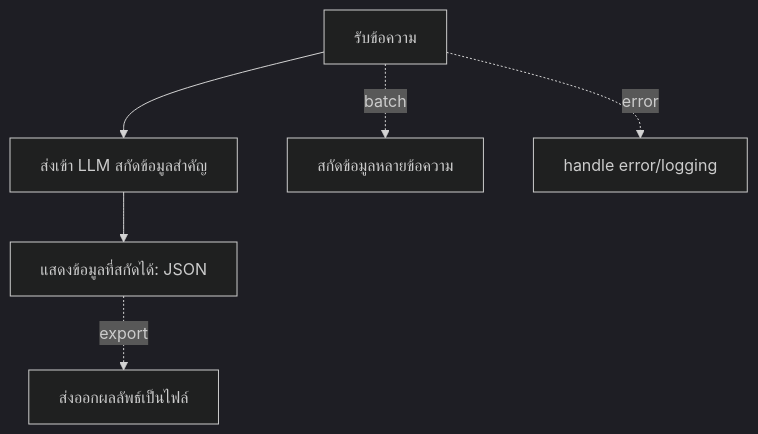
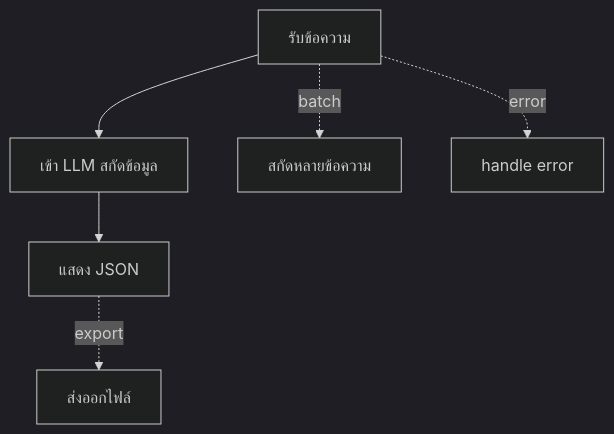
One commit to JonusNattapong/LangChainOllama changed diagram 11 of 16 in README.md. Above: the diagram before and after it, drawn with Mermaid (dark theme). The commit also changed other lines of this file, not shown here.

Commit message:
refactor: Simplify and clarify flow diagrams in README for better readability

````diff
--- a/README.md
+++ b/README.md
@@ -464,8 +464,8 @@
 ```mermaid
 graph TD
-    A[รับข้อความ] --> B[ส่งเข้า LLM สกัดข้อมูลสำคัญ]
-    B --> C[แสดงข้อมูลที่สกัดได้: JSON]
-    A -. batch .-> D[สกัดข้อมูลหลายข้อความ]
-    C -. export .-> E[ส่งออกผลลัพธ์เป็นไฟล์]
-    A -. error .-> F[handle error/logging]
+    A[รับข้อความ] --> B[เข้า LLM สกัดข้อมูล]
+    B --> C[แสดง JSON]
+    A -. batch .-> D[สกัดหลายข้อความ]
+    C -. export .-> E[ส่งออกไฟล์]
+    A -. error .-> F[handle error]
 ```
````
